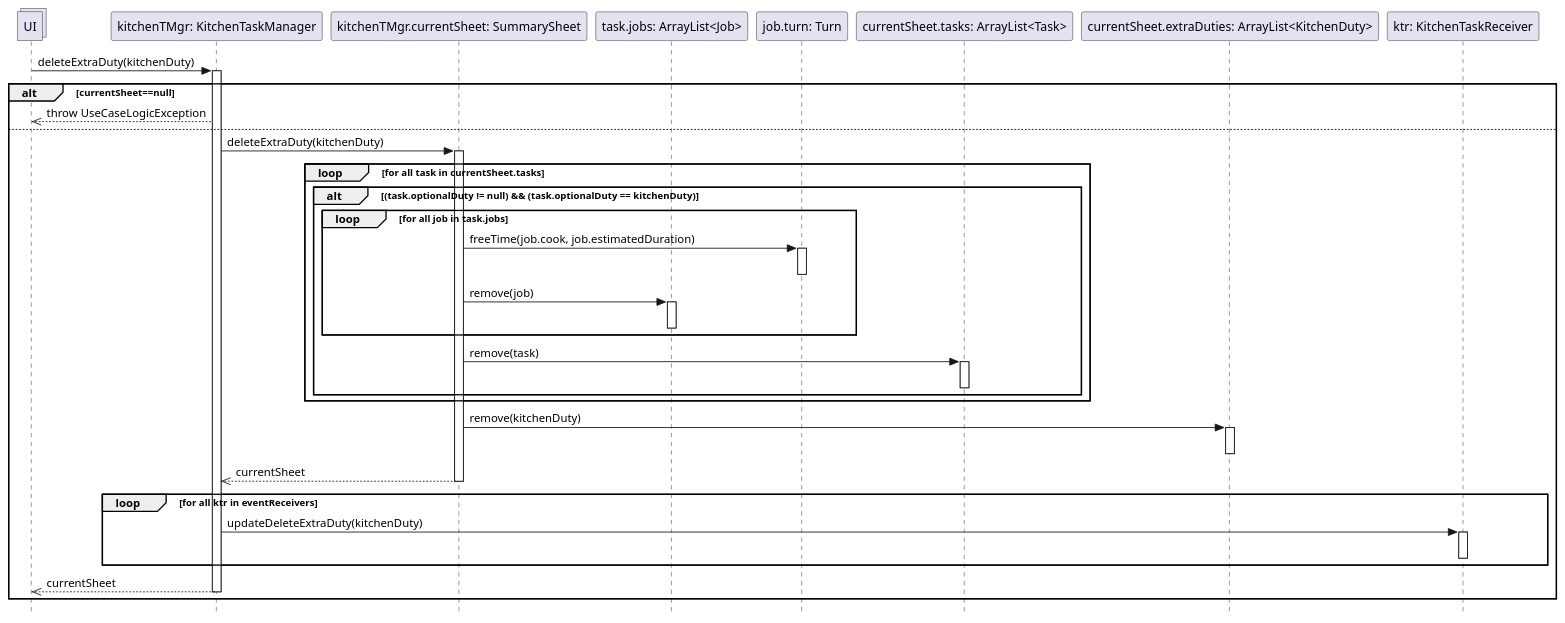
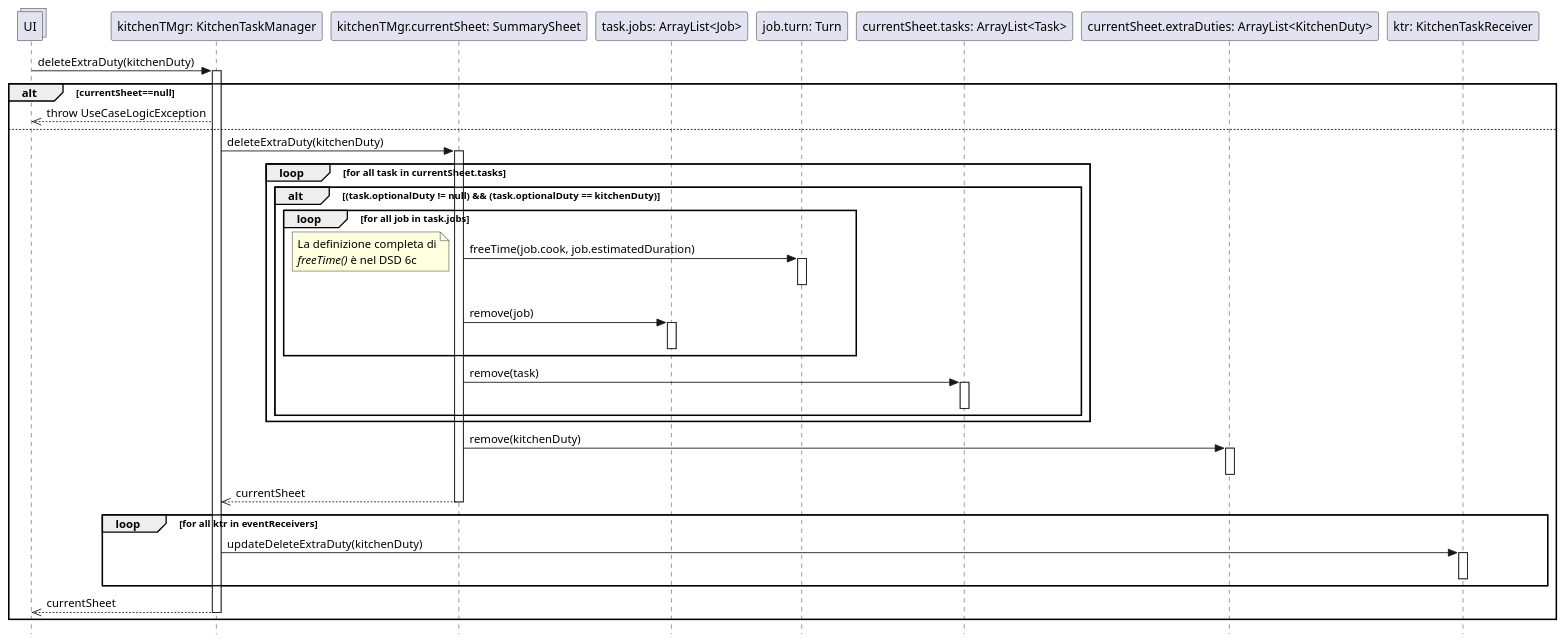
The diagram in UC Gestire Compiti Cucina/Progettazione/DSD Operazione 2a.1.puml (stefa168/sas-project), drawn with PlantUML before and after one commit.

Commit message:
Aggiunta nota riguardo freeTime

```diff
--- a/UC Gestire Compiti Cucina/Progettazione/DSD Operazione 2a.1.puml
+++ b/UC Gestire Compiti Cucina/Progettazione/DSD Operazione 2a.1.puml
@@ -1,62 +1,63 @@
 @startuml Operazione 2a.1
 skinparam Style strictuml
 
 collections UI
 
 participant "kitchenTMgr: KitchenTaskManager" as ktm
 UI -> ktm: deleteExtraDuty(kitchenDuty)
 activate ktm
 
 alt currentSheet==null
     UI <<-- ktm: throw UseCaseLogicException
 else
     participant "kitchenTMgr.currentSheet: SummarySheet" as ss
     ktm -> ss: deleteExtraDuty(kitchenDuty)
     activate ss
 
     loop for all task in currentSheet.tasks
         alt (task.optionalDuty != null) && (task.optionalDuty == kitchenDuty)
             loop for all job in task.jobs
                 participant "task.jobs: ArrayList<Job>" as j
                 participant "job.turn: Turn" as jobTurn
 
                 ss -> jobTurn: freeTime(job.cook, job.estimatedDuration)
+                note left: La definizione completa di\n//freeTime()// è nel DSD 6c
                 activate jobTurn
                 deactivate jobTurn
 
                 ss -> j: remove(job)
                 activate j
                 deactivate j
             end
 
             participant "currentSheet.tasks: ArrayList<Task>" as tasks
             ss -> tasks: remove(task)
             activate tasks
             deactivate tasks
         end
     end
     
     participant "currentSheet.extraDuties: ArrayList<KitchenDuty>" as kdList
     ss -> kdList: remove(kitchenDuty)
     activate kdList
     deactivate kdList
     
     ktm <<-- ss: currentSheet
     deactivate ss
 
     participant "ktr: KitchenTaskReceiver" as ktr
 
 
     loop for all ktr in eventReceivers
         ktm -> ktr : updateDeleteExtraDuty(kitchenDuty)
         activate ktr
         deactivate ktr
     end
 
     UI <<-- ktm : currentSheet
     deactivate ktm
 
     
 end
 
 @enduml
```
